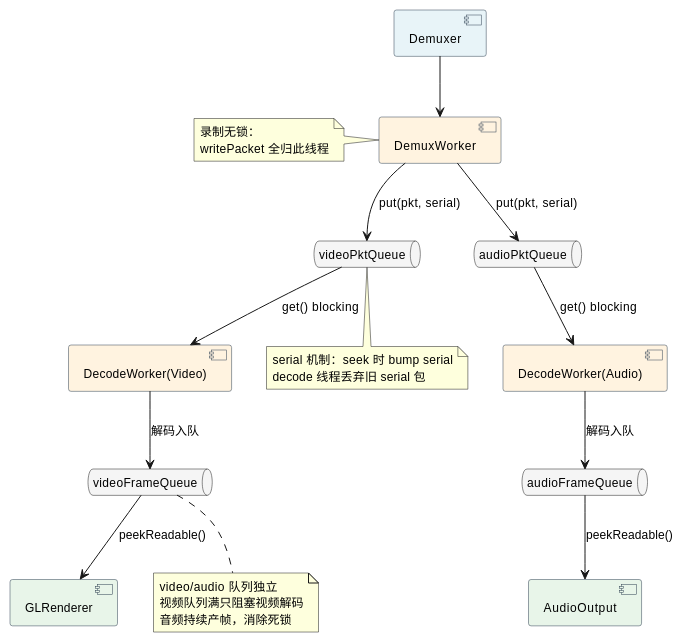
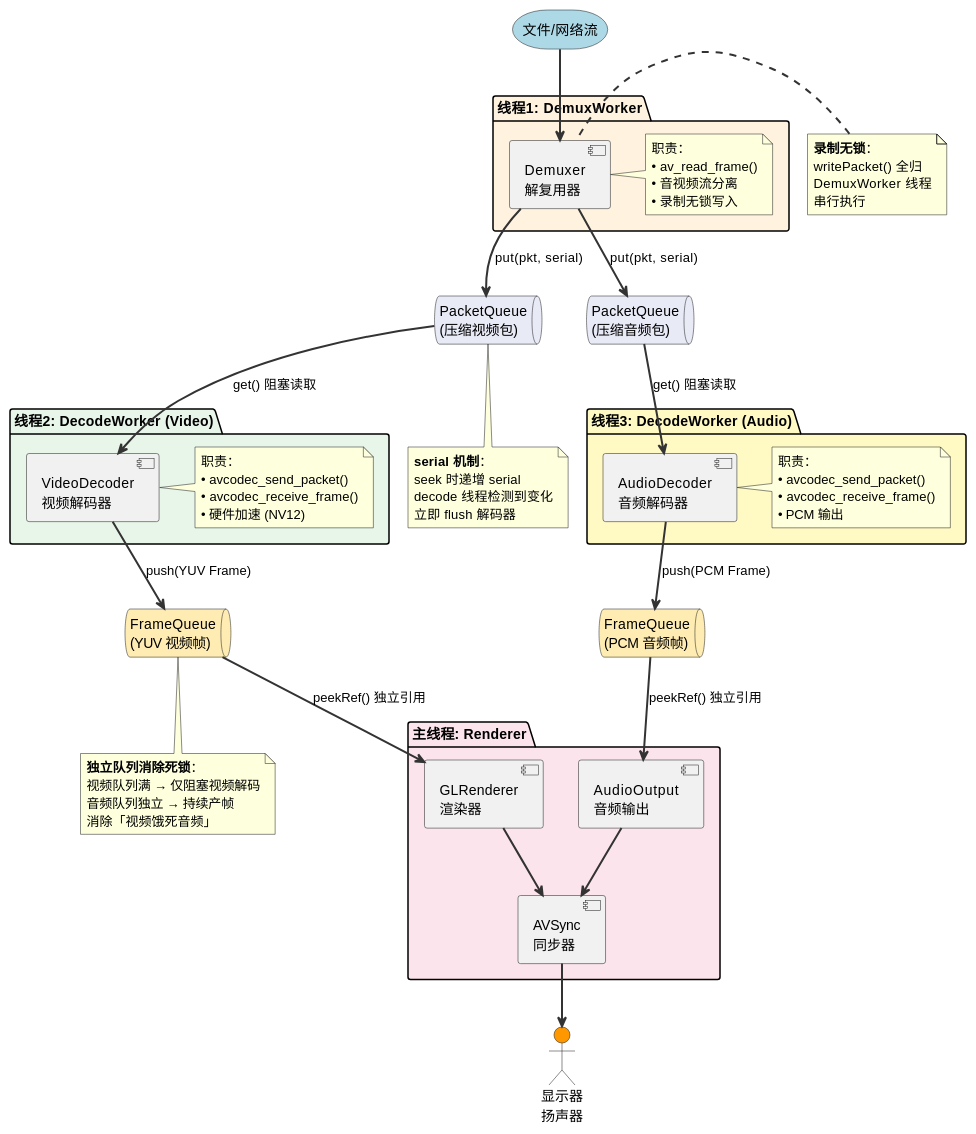
The second of 2 diagrams in README.md (Amaz1ngJR/FluxPlayer), drawn with PlantUML before and after one commit. The commit also changed other lines of this file and 10 other files, not shown here.

````diff
--- a/README.md
+++ b/README.md
@@ -150,50 +176,94 @@
 ```plantuml
-@startuml 数据流：三线程解耦
+@startuml
+skinparam backgroundColor #FFFFFF
+skinparam defaultFontName "Arial"
+skinparam ArrowColor #333333
+skinparam ArrowThickness 2
 
-skinparam defaultFontSize 12
-skinparam component {
-    BackgroundColor #E8F4F8
-    BorderColor #2C3E50
+storage "文件/网络流" as FileSource #LightBlue
+
+package "线程1: DemuxWorker" #FFF3E0 {
+    component [Demuxer\n解复用器] as dmx
+    note right of dmx
+      职责：
+      • av_read_frame()
+      • 音视频流分离
+      • 录制无锁写入
+    end note
 }
 
-component "Demuxer" as dmx
+queue "PacketQueue\n(压缩视频包)" as vpq #E8EAF6
+queue "PacketQueue\n(压缩音频包)" as apq #E8EAF6
 
-component "DemuxWorker" as dw #FFF3E0
-component "DecodeWorker(Video)" as vw #FFF3E0
-component "DecodeWorker(Audio)" as aw #FFF3E0
+package "线程2: DecodeWorker (Video)" #E8F5E9 {
+    component [VideoDecoder\n视频解码器] as vdec
+    note right of vdec
+      职责：
+      • avcodec_send_packet()
+      • avcodec_receive_frame()
+      • 硬件加速 (NV12)
+    end note
+}
 
-queue "videoPktQueue" as vpq #F5F5F5
-queue "audioPktQueue" as apq #F5F5F5
-queue "videoFrameQueue" as vfq #F5F5F5
-queue "audioFrameQueue" as afq #F5F5F5
+package "线程3: DecodeWorker (Audio)" #FFF9C4 {
+    component [AudioDecoder\n音频解码器] as adec
+    note right of adec
+      职责：
+      • avcodec_send_packet()
+      • avcodec_receive_frame()
+      • PCM 输出
+    end note
+}
 
-component "GLRenderer" as gl #E8F5E9
-component "AudioOutput" as ao #E8F5E9
+queue "FrameQueue\n(YUV 视频帧)" as vfq #FFECB3
+queue "FrameQueue\n(PCM 音频帧)" as afq #FFECB3
 
-dmx --> dw
-dw --> vpq : put(pkt, serial)
-dw --> apq : put(pkt, serial)
-vpq --> vw : get() blocking
-apq --> aw : get() blocking
-vw --> vfq : 解码入队
-aw --> afq : 解码入队
-vfq --> gl : peekReadable()
-afq --> ao : peekReadable()
+package "主线程: Renderer" #FCE4EC {
+    component [GLRenderer\n渲染器] as gl
+    component [AudioOutput\n音频输出] as ao
+    component [AVSync\n同步器] as sync
+}
+
+actor "显示器\n扬声器" as Output #FF9800
+
+FileSource -down-> dmx
+
+dmx -down-> vpq : put(pkt, serial)
+dmx -down-> apq : put(pkt, serial)
+
+vpq -down-> vdec : get() 阻塞读取
+apq -down-> adec : get() 阻塞读取
+
+vdec -down-> vfq : push(YUV Frame)
+adec -down-> afq : push(PCM Frame)
+
+vfq -down-> gl : peekRef() 独立引用
+afq -down-> ao : peekRef() 独立引用
+
+gl -down-> sync
+ao -down-> sync
+
+sync -down-> Output
 
 note bottom of vpq
-  serial 机制：seek 时 bump serial
-  decode 线程丢弃旧 serial 包
+  **serial 机制**：
+  seek 时递增 serial
+  decode 线程检测到变化
+  立即 flush 解码器
 end note
 
 note bottom of vfq
-  video/audio 队列独立
-  视频队列满只阻塞视频解码
-  音频持续产帧，消除死锁
+  **独立队列消除死锁**：
+  视频队列满 → 仅阻塞视频解码
+  音频队列独立 → 持续产帧
+  消除「视频饿死音频」
 end note
 
-note left of dw
-  录制无锁：
-  writePacket 全归此线程
+note left of dmx
+  **录制无锁**：
+  writePacket() 全归
+  DemuxWorker 线程
+  串行执行
 end note
 
 @enduml
````
